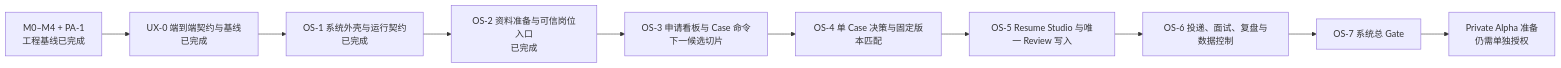
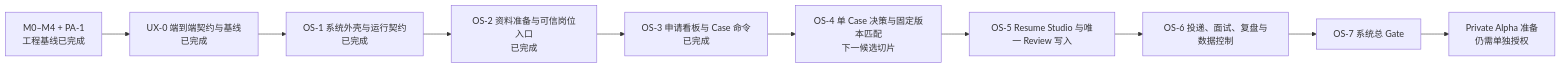
One commit to CodeVoyager21932/Aijob changed the diagram in docs/06-mvp-roadmap.md. Above: the diagram before and after it, drawn with Mermaid. The commit also changed other lines of this file and 23 other files, not shown here.

```diff
--- a/docs/06-mvp-roadmap.md
+++ b/docs/06-mvp-roadmap.md
@@ -43,12 +45,12 @@
 ~~~mermaid
 flowchart LR
     B["M0–M4 + PA-1<br/>工程基线已完成"] --> U0["UX-0 端到端契约与基线<br/>已完成"]
     U0 --> O1["OS-1 系统外壳与运行契约<br/>已完成"]
     O1 --> O2["OS-2 资料准备与可信岗位入口<br/>已完成"]
-    O2 --> O3["OS-3 申请看板与 Case 命令<br/>下一候选切片"]
-    O3 --> O4["OS-4 单 Case 决策与固定版本匹配"]
+    O2 --> O3["OS-3 申请看板与 Case 命令<br/>已完成"]
+    O3 --> O4["OS-4 单 Case 决策与固定版本匹配<br/>下一候选切片"]
     O4 --> O5["OS-5 Resume Studio 与唯一 Review 写入"]
     O5 --> O6["OS-6 投递、面试、复盘与数据控制"]
     O6 --> O7["OS-7 系统总 Gate"]
     O7 --> P["Private Alpha 准备<br/>仍需单独授权"]
 ~~~
```
